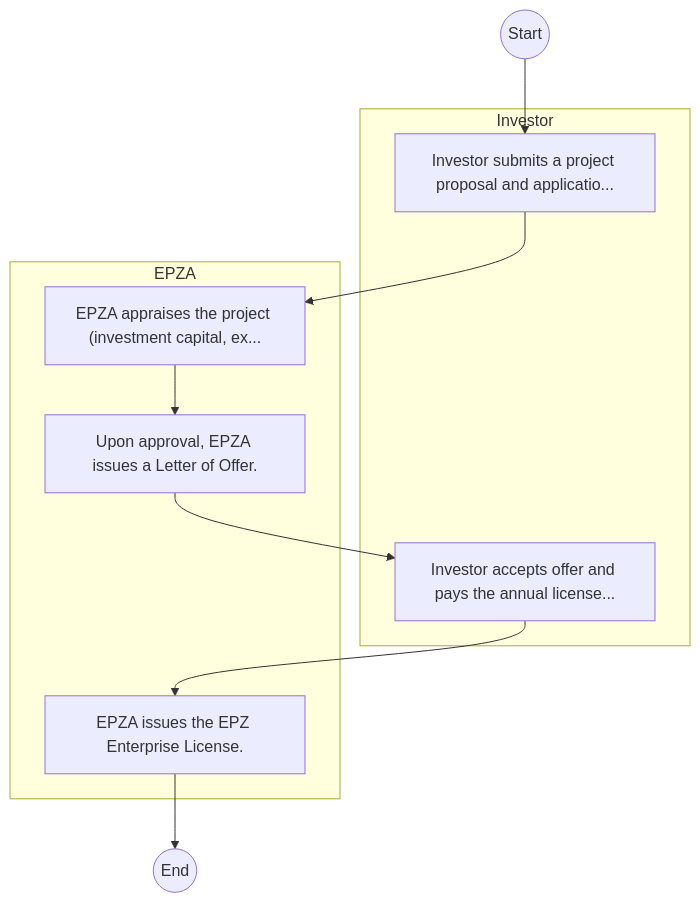
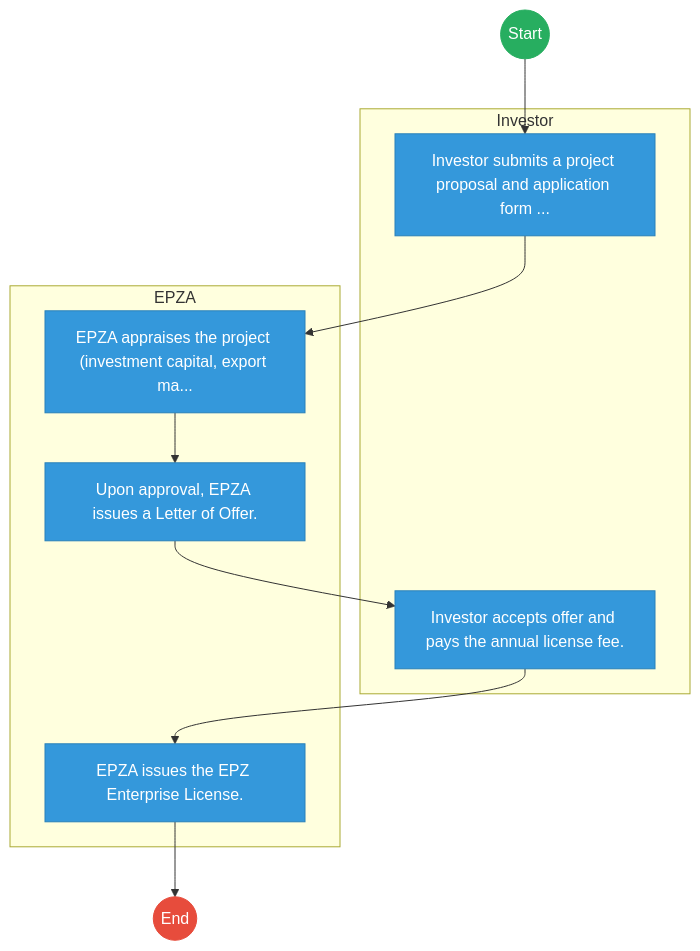
The first of 2 diagrams in mdas/docs_final/Export_Processing_Zones_Authority___Service_Delivery.md (BITZ-IT-Consulting-LTD/ictapoc), drawn with Mermaid before and after one commit. The commit also changed other lines of this file and 461 other files, not shown here.

````diff
--- a/mdas/docs_final/Export_Processing_Zones_Authority___Service_Delivery.md
+++ b/mdas/docs_final/Export_Processing_Zones_Authority___Service_Delivery.md
@@ -20,18 +20,29 @@
 ```mermaid
 graph TD
     Start((Start)) --> S1
+
     subgraph Investor [Investor]
-        S1["Investor submits a project proposal and applicatio..."]
-        S4["Investor accepts offer and pays the annual license..."]
+        S1["Investor submits a project proposal and application form ..."]
+        S4["Investor accepts offer and pays the annual license fee."]
     end
+
     subgraph EPZA [EPZA]
-        S2["EPZA appraises the project (investment capital, ex..."]
+        S2["EPZA appraises the project (investment capital, export ma..."]
         S3["Upon approval, EPZA issues a Letter of Offer."]
         S5["EPZA issues the EPZ Enterprise License."]
     end
     S1 --> S2
     S2 --> S3
     S3 --> S4
     S4 --> S5
     S5 --> End((End))
+
+    classDef start fill:#27ae60,stroke:#27ae60,color:#fff;
+    classDef endNode fill:#e74c3c,stroke:#e74c3c,color:#fff;
+    classDef userTask fill:#3498db,stroke:#2980b9,color:#fff;
+    classDef serviceTask fill:#9b59b6,stroke:#8e44ad,color:#fff;
+
+    class Start start;
+    class End endNode;
+    class S1,S2,S3,S4,S5 userTask;
 ```
````
